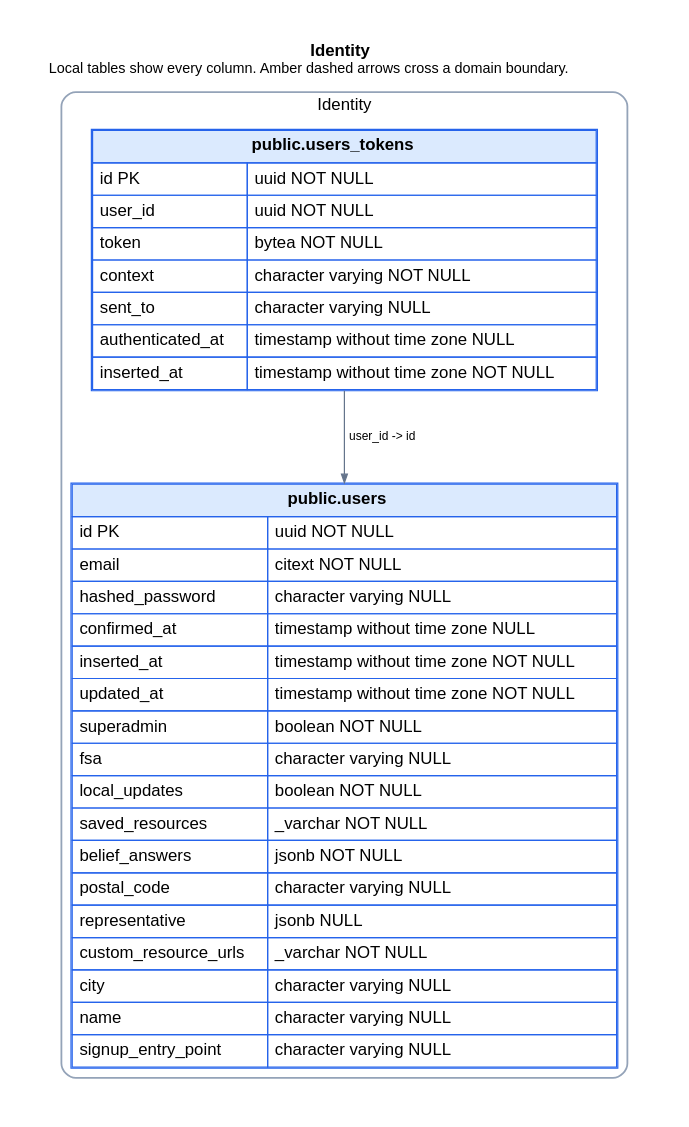
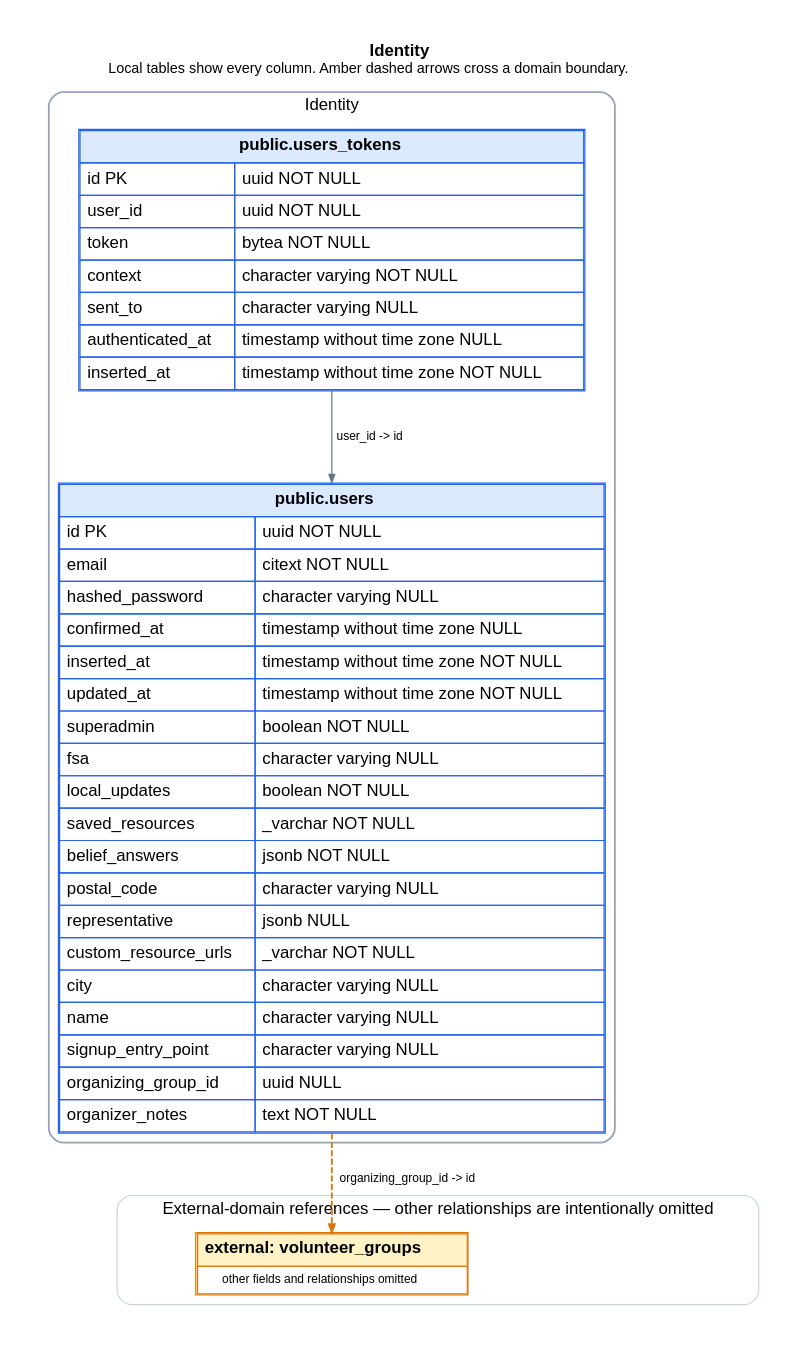
Before and after one commit to ogourment/pauseai.ca-website: the diagram in docs/schema/domains/identity.dot, drawn with Graphviz. The commit also changed 56 other files, not shown here.

```diff
--- a/docs/schema/domains/identity.dot
+++ b/docs/schema/domains/identity.dot
@@ -1,38 +1,45 @@
 digraph identity {
   graph [rankdir=TB, bgcolor="white", pad=0.35, nodesep=0.6, ranksep=0.9, fontname="Helvetica"];
   node [shape=plain, fontname="Helvetica"];
   edge [fontname="Helvetica", fontsize=10, arrowsize=0.7];
   labelloc="t";
   label=< <B>Identity</B><BR/><FONT POINT-SIZE="12">Local tables show every column. Amber dashed arrows cross a domain boundary.</FONT> >;
 
   subgraph cluster_local {
     label="Identity";
     color="#94a3b8";
     penwidth=1.5;
     style="rounded";
   "users" [label=<
     <TABLE BORDER="1" CELLBORDER="1" CELLSPACING="0" CELLPADDING="5" COLOR="#2563eb">
       <TR><TD BGCOLOR="#dbeafe" COLSPAN="2"><B>public.users</B></TD></TR>
-      <TR><TD ALIGN="LEFT">id PK</TD><TD ALIGN="LEFT">uuid NOT NULL</TD></TR><TR><TD ALIGN="LEFT">email</TD><TD ALIGN="LEFT">citext NOT NULL</TD></TR><TR><TD ALIGN="LEFT">hashed_password</TD><TD ALIGN="LEFT">character varying NULL</TD></TR><TR><TD ALIGN="LEFT">confirmed_at</TD><TD ALIGN="LEFT">timestamp without time zone NULL</TD></TR><TR><TD ALIGN="LEFT">inserted_at</TD><TD ALIGN="LEFT">timestamp without time zone NOT NULL</TD></TR><TR><TD ALIGN="LEFT">updated_at</TD><TD ALIGN="LEFT">timestamp without time zone NOT NULL</TD></TR><TR><TD ALIGN="LEFT">superadmin</TD><TD ALIGN="LEFT">boolean NOT NULL</TD></TR><TR><TD ALIGN="LEFT">fsa</TD><TD ALIGN="LEFT">character varying NULL</TD></TR><TR><TD ALIGN="LEFT">local_updates</TD><TD ALIGN="LEFT">boolean NOT NULL</TD></TR><TR><TD ALIGN="LEFT">saved_resources</TD><TD ALIGN="LEFT">_varchar NOT NULL</TD></TR><TR><TD ALIGN="LEFT">belief_answers</TD><TD ALIGN="LEFT">jsonb NOT NULL</TD></TR><TR><TD ALIGN="LEFT">postal_code</TD><TD ALIGN="LEFT">character varying NULL</TD></TR><TR><TD ALIGN="LEFT">representative</TD><TD ALIGN="LEFT">jsonb NULL</TD></TR><TR><TD ALIGN="LEFT">custom_resource_urls</TD><TD ALIGN="LEFT">_varchar NOT NULL</TD></TR><TR><TD ALIGN="LEFT">city</TD><TD ALIGN="LEFT">character varying NULL</TD></TR><TR><TD ALIGN="LEFT">name</TD><TD ALIGN="LEFT">character varying NULL</TD></TR><TR><TD ALIGN="LEFT">signup_entry_point</TD><TD ALIGN="LEFT">character varying NULL</TD></TR>
+      <TR><TD ALIGN="LEFT">id PK</TD><TD ALIGN="LEFT">uuid NOT NULL</TD></TR><TR><TD ALIGN="LEFT">email</TD><TD ALIGN="LEFT">citext NOT NULL</TD></TR><TR><TD ALIGN="LEFT">hashed_password</TD><TD ALIGN="LEFT">character varying NULL</TD></TR><TR><TD ALIGN="LEFT">confirmed_at</TD><TD ALIGN="LEFT">timestamp without time zone NULL</TD></TR><TR><TD ALIGN="LEFT">inserted_at</TD><TD ALIGN="LEFT">timestamp without time zone NOT NULL</TD></TR><TR><TD ALIGN="LEFT">updated_at</TD><TD ALIGN="LEFT">timestamp without time zone NOT NULL</TD></TR><TR><TD ALIGN="LEFT">superadmin</TD><TD ALIGN="LEFT">boolean NOT NULL</TD></TR><TR><TD ALIGN="LEFT">fsa</TD><TD ALIGN="LEFT">character varying NULL</TD></TR><TR><TD ALIGN="LEFT">local_updates</TD><TD ALIGN="LEFT">boolean NOT NULL</TD></TR><TR><TD ALIGN="LEFT">saved_resources</TD><TD ALIGN="LEFT">_varchar NOT NULL</TD></TR><TR><TD ALIGN="LEFT">belief_answers</TD><TD ALIGN="LEFT">jsonb NOT NULL</TD></TR><TR><TD ALIGN="LEFT">postal_code</TD><TD ALIGN="LEFT">character varying NULL</TD></TR><TR><TD ALIGN="LEFT">representative</TD><TD ALIGN="LEFT">jsonb NULL</TD></TR><TR><TD ALIGN="LEFT">custom_resource_urls</TD><TD ALIGN="LEFT">_varchar NOT NULL</TD></TR><TR><TD ALIGN="LEFT">city</TD><TD ALIGN="LEFT">character varying NULL</TD></TR><TR><TD ALIGN="LEFT">name</TD><TD ALIGN="LEFT">character varying NULL</TD></TR><TR><TD ALIGN="LEFT">signup_entry_point</TD><TD ALIGN="LEFT">character varying NULL</TD></TR><TR><TD ALIGN="LEFT">organizing_group_id</TD><TD ALIGN="LEFT">uuid NULL</TD></TR><TR><TD ALIGN="LEFT">organizer_notes</TD><TD ALIGN="LEFT">text NOT NULL</TD></TR>
     </TABLE>
   >];
 
   "users_tokens" [label=<
     <TABLE BORDER="1" CELLBORDER="1" CELLSPACING="0" CELLPADDING="5" COLOR="#2563eb">
       <TR><TD BGCOLOR="#dbeafe" COLSPAN="2"><B>public.users_tokens</B></TD></TR>
       <TR><TD ALIGN="LEFT">id PK</TD><TD ALIGN="LEFT">uuid NOT NULL</TD></TR><TR><TD ALIGN="LEFT">user_id</TD><TD ALIGN="LEFT">uuid NOT NULL</TD></TR><TR><TD ALIGN="LEFT">token</TD><TD ALIGN="LEFT">bytea NOT NULL</TD></TR><TR><TD ALIGN="LEFT">context</TD><TD ALIGN="LEFT">character varying NOT NULL</TD></TR><TR><TD ALIGN="LEFT">sent_to</TD><TD ALIGN="LEFT">character varying NULL</TD></TR><TR><TD ALIGN="LEFT">authenticated_at</TD><TD ALIGN="LEFT">timestamp without time zone NULL</TD></TR><TR><TD ALIGN="LEFT">inserted_at</TD><TD ALIGN="LEFT">timestamp without time zone NOT NULL</TD></TR>
     </TABLE>
   >];
 
   }
 
   subgraph cluster_external {
     label="External-domain references — other relationships are intentionally omitted";
     color="#cbd5e1";
     penwidth=1;
     style="rounded";
+  "volunteer_groups" [label=<
+    <TABLE BORDER="1" CELLBORDER="1" CELLSPACING="0" CELLPADDING="5" COLOR="#d97706">
+      <TR><TD BGCOLOR="#fef3c7"><B>external: volunteer_groups</B></TD></TR>
+      <TR><TD><FONT POINT-SIZE="10">other fields and relationships omitted</FONT></TD></TR>
+    </TABLE>
+  >];
 
   }
 
+  "users" -> "volunteer_groups" [label="organizing_group_id -> id", color="#d97706", style="dashed", penwidth=1.5];
   "users_tokens" -> "users" [label="user_id -> id", color="#64748b"];
 }
```
